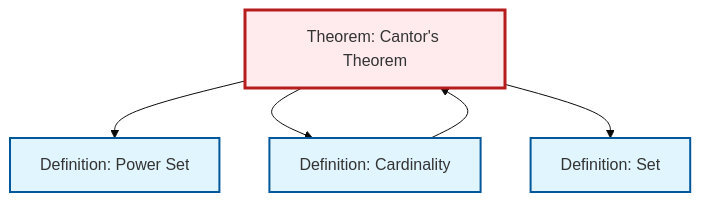
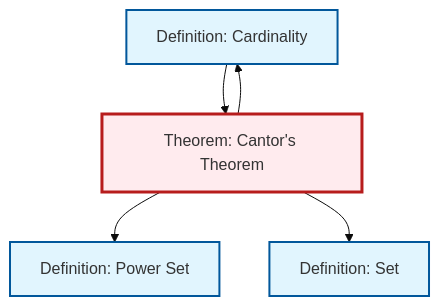
The second of 2 diagrams in content/ja/logic-set-theory/thm-cantor.qmd (RK0429/ModernMath), drawn with Mermaid (base theme) before and after one commit. The commit also changed other lines of this file and 597 other files, not shown here.

````diff
--- a/content/ja/logic-set-theory/thm-cantor.qmd
+++ b/content/ja/logic-set-theory/thm-cantor.qmd
@@ -72,21 +72,21 @@
 ```{mermaid}
 %%| fig-cap: "Local dependency graph"
 graph TD
     classDef definition fill:#e1f5fe,stroke:#01579b,stroke-width:2px
     classDef theorem fill:#f3e5f5,stroke:#4a148c,stroke-width:2px
     classDef axiom fill:#fff3e0,stroke:#e65100,stroke-width:2px
     classDef example fill:#e8f5e9,stroke:#1b5e20,stroke-width:2px
     classDef current fill:#ffebee,stroke:#b71c1c,stroke-width:3px
+    def-set["Definition: Set"]:::definition
+    def-cardinality["Definition: Cardinality"]:::definition
     def-power-set["Definition: Power Set"]:::definition
     thm-cantor["Theorem: Cantor's Theorem"]:::theorem
-    def-cardinality["Definition: Cardinality"]:::definition
-    def-set["Definition: Set"]:::definition
     thm-cantor --> def-power-set
+    def-cardinality --> thm-cantor
     thm-cantor --> def-cardinality
-    def-cardinality --> thm-cantor
     thm-cantor --> def-set
     class thm-cantor current
+    click def-set "def-set.html" "Definition: Setへ"
+    click def-cardinality "def-cardinality.html" "Definition: Cardinalityへ"
     click def-power-set "def-power-set.html" "Definition: Power Setへ"
-    click def-cardinality "def-cardinality.html" "Definition: Cardinalityへ"
-    click def-set "def-set.html" "Definition: Setへ"
 ```
````
